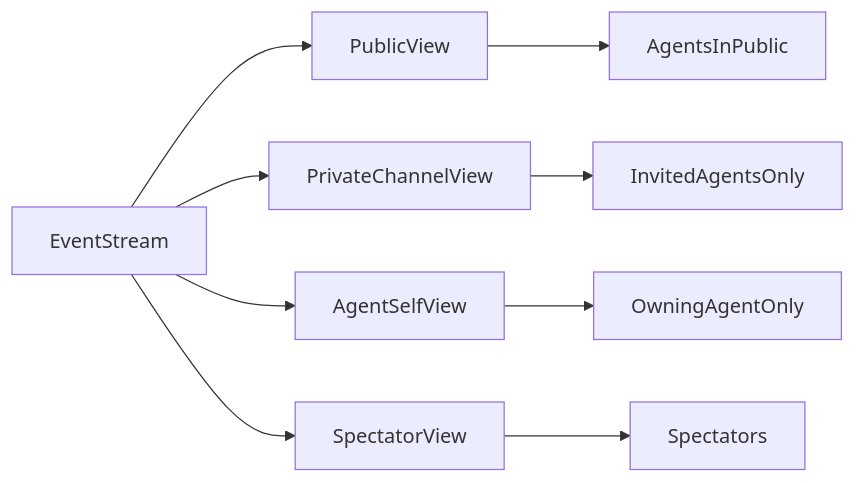
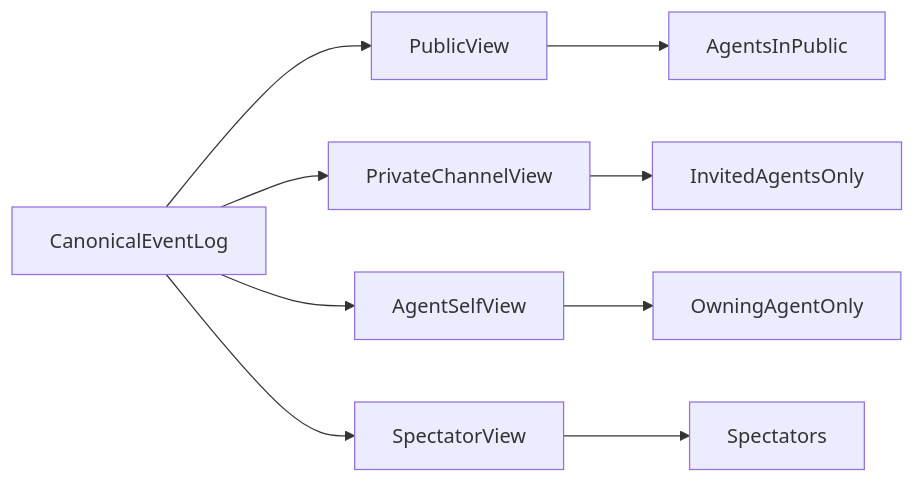
Diagram 16 of 19 in docs/architecture/social-presence.md (caiotheodoro/perfectman), drawn with Mermaid before and after one commit. The commit also changed other lines of this file and 12 other files, not shown here.

Commit message:
docs: align LLM runtime with delivery architecture

````diff
--- a/docs/architecture/social-presence.md
+++ b/docs/architecture/social-presence.md
@@ -651,11 +659,11 @@
 ```mermaid
 flowchart LR
-    eventStream[EventStream] --> publicView[PublicView]
-    eventStream --> privateView[PrivateChannelView]
-    eventStream --> agentSelfView[AgentSelfView]
-    eventStream --> spectatorView[SpectatorView]
+    eventLog[CanonicalEventLog] --> publicView[PublicView]
+    eventLog --> privateView[PrivateChannelView]
+    eventLog --> agentSelfView[AgentSelfView]
+    eventLog --> spectatorView[SpectatorView]
     publicView --> publicAgents[AgentsInPublic]
     privateView --> invitedAgents[InvitedAgentsOnly]
     agentSelfView --> owningAgent[OwningAgentOnly]
     spectatorView --> spectators[Spectators]
 ```
````
